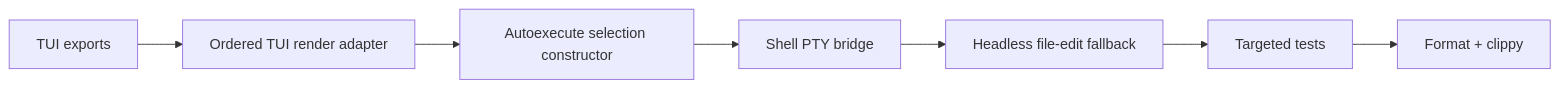
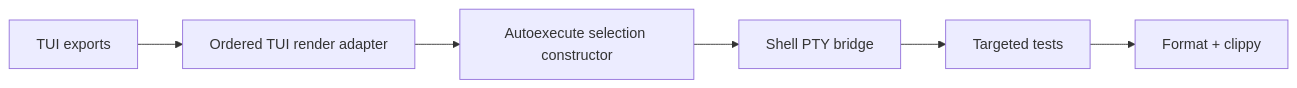
The fourth of 4 diagrams in specs/tui-agent-tool-calls/TECH.md (warpdotdev/warp), drawn with Mermaid before and after one commit. The commit also changed other lines of this file and 2 other files, not shown here.

````diff
--- a/specs/tui-agent-tool-calls/TECH.md
+++ b/specs/tui-agent-tool-calls/TECH.md
@@ -171,9 +163,8 @@
 ```mermaid
 flowchart LR
   A["TUI exports"] --> B["Ordered TUI render adapter"]
   B --> C["Autoexecute selection constructor"]
   C --> D["Shell PTY bridge"]
-  D --> E["Headless file-edit fallback"]
-  E --> F["Targeted tests"]
+  D --> F["Targeted tests"]
   F --> G["Format + clippy"]
 ```
````
